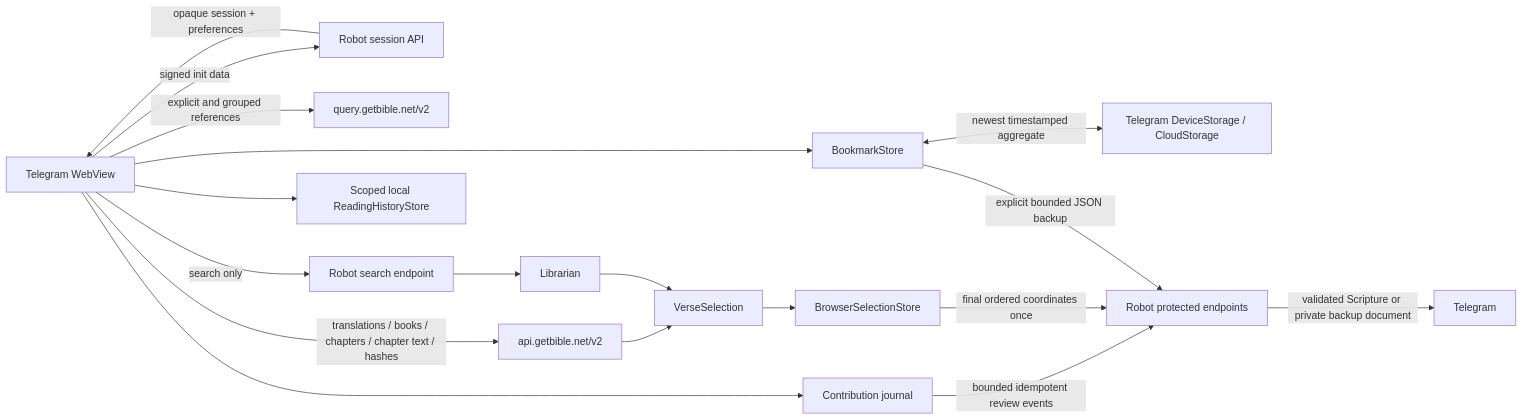
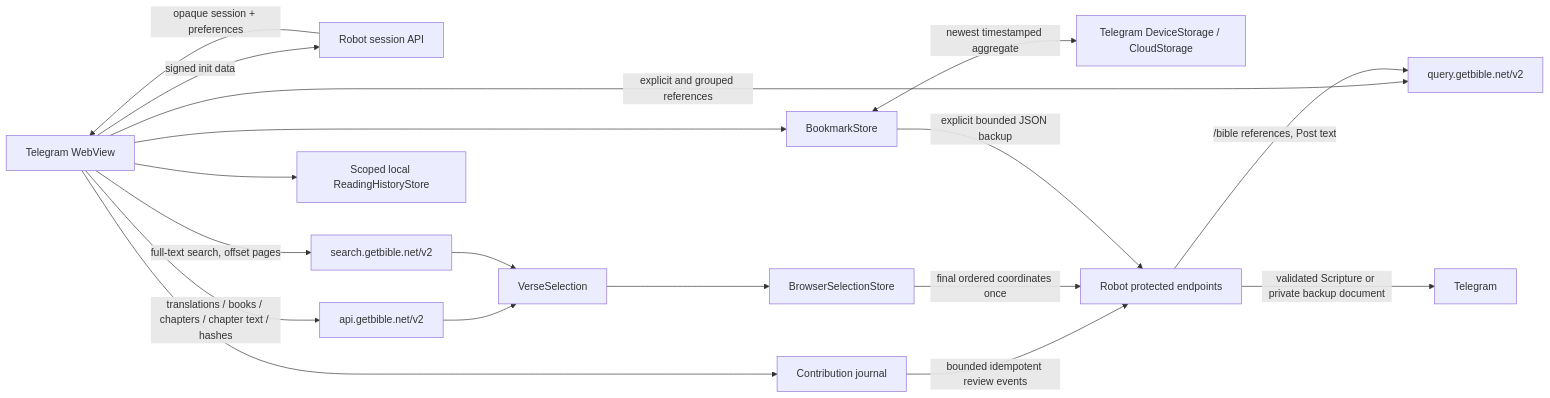
The diagram in docs/BROWSER_DATA.md (getbible/robot), drawn with Mermaid before and after one commit. The commit also changed other lines of this file and 31 other files, not shown here.

````diff
--- a/docs/BROWSER_DATA.md
+++ b/docs/BROWSER_DATA.md
@@ -59,20 +63,20 @@
 ```mermaid
 flowchart LR
     T[Telegram WebView] -->|signed init data| S[Robot session API]
     S -->|opaque session + preferences| T
     T -->|translations / books / chapters / chapter text / hashes| A[api.getbible.net/v2]
     T -->|explicit and grouped references| Q[query.getbible.net/v2]
-    T -->|search only| R[Robot search endpoint]
-    R --> L[Librarian]
+    T -->|full-text search, offset pages| SR[search.getbible.net/v2]
     A --> V[VerseSelection]
-    L --> V
+    SR --> V
     V --> B[BrowserSelectionStore]
     T --> H[Scoped local ReadingHistoryStore]
     T --> M[BookmarkStore]
     M <-->|newest timestamped aggregate| TS[Telegram DeviceStorage / CloudStorage]
     T --> C[Contribution journal]
     C -->|bounded idempotent review events| P
     B -->|final ordered coordinates once| P[Robot protected endpoints]
     M -->|explicit bounded JSON backup| P
+    P -->|/bible references, Post text| Q
     P -->|validated Scripture or private backup document| G[Telegram]
 ```
````
